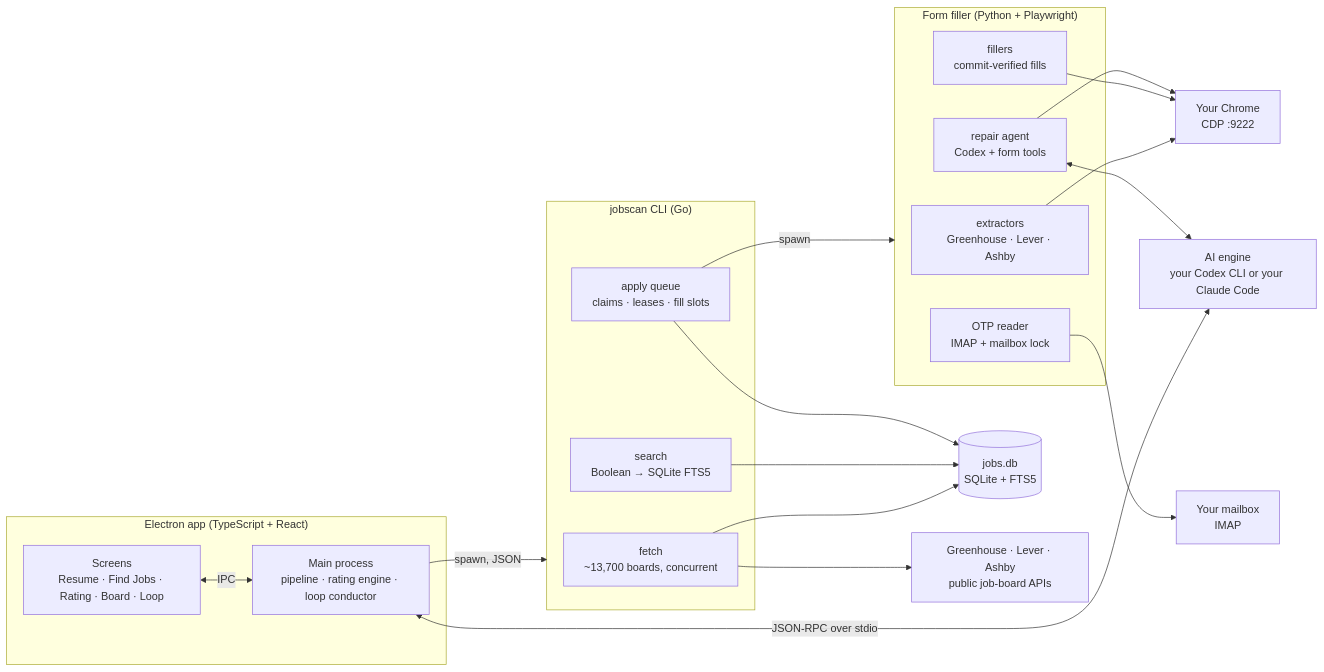
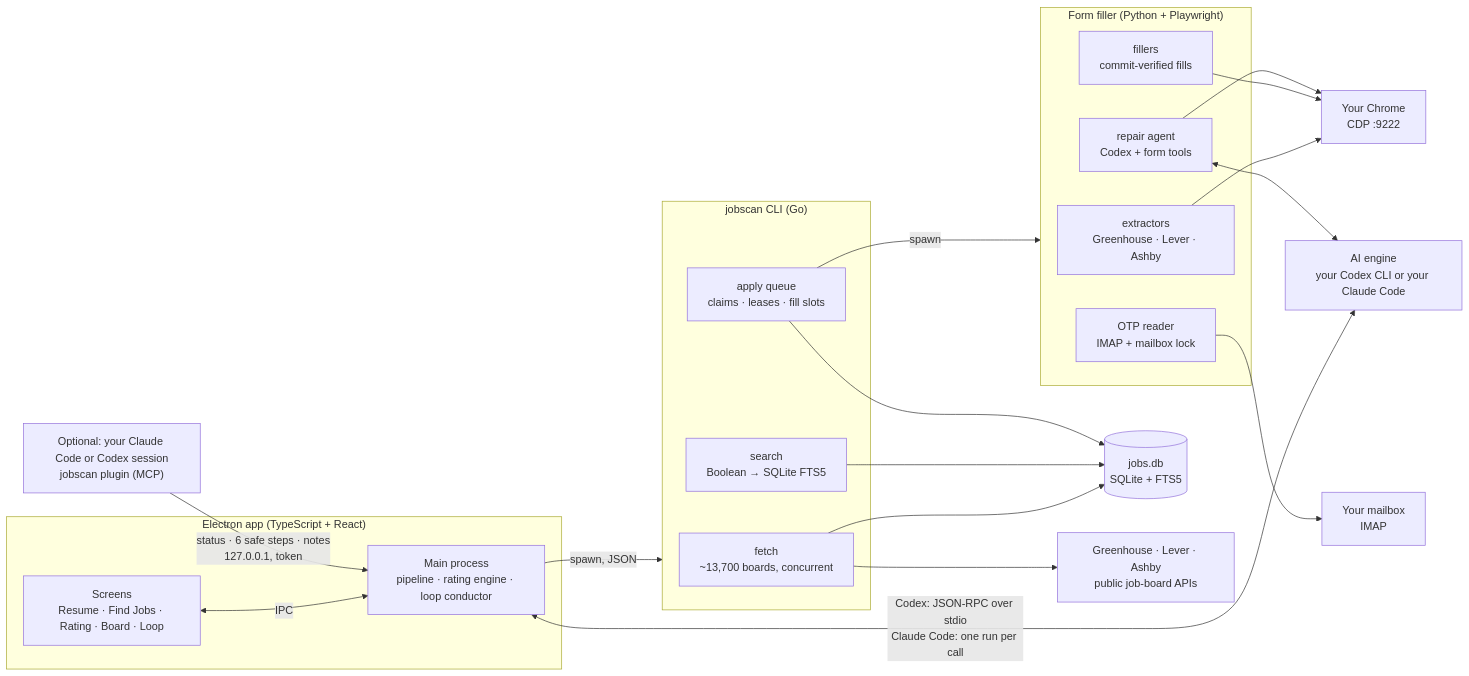
Before and after one commit to tarunmovva/JobScanAI: the first of 5 diagrams in README.md, drawn with Mermaid. The commit also changed other lines of this file and 21 other files, not shown here.

````diff
--- a/README.md
+++ b/README.md
@@ -132,40 +133,42 @@
 ```mermaid
 flowchart LR
     subgraph Desktop["Electron app (TypeScript + React)"]
         UI["Screens<br/>Resume · Find Jobs · Rating · Board · Loop"]
         Main["Main process<br/>pipeline · rating engine · loop conductor"]
         UI <-->|IPC| Main
     end
 
     subgraph Go["jobscan CLI (Go)"]
         Fetch["fetch<br/>~13,700 boards, concurrent"]
         Search["search<br/>Boolean → SQLite FTS5"]
         Queue["apply queue<br/>claims · leases · fill slots"]
     end
 
     subgraph Py["Form filler (Python + Playwright)"]
         Extract["extractors<br/>Greenhouse · Lever · Ashby"]
         Fill["fillers<br/>commit-verified fills"]
         OTP["OTP reader<br/>IMAP + mailbox lock"]
         Repair["repair agent<br/>Codex + form tools"]
     end
 
     DB[("jobs.db<br/>SQLite + FTS5")]
     Codex["AI engine<br/>your Codex CLI or your Claude Code"]
     Chrome["Your Chrome<br/>CDP :9222"]
     Mail["Your mailbox<br/>IMAP"]
     Boards["Greenhouse · Lever · Ashby<br/>public job-board APIs"]
+    Session["Optional: your Claude Code or Codex session<br/>jobscan plugin (MCP)"]
 
     Main -->|"spawn, JSON"| Go
-    Main <-->|"JSON-RPC over stdio"| Codex
+    Main <-->|"Codex: JSON-RPC over stdio<br/>Claude Code: one run per call"| Codex
+    Session -->|"status · 6 safe steps · notes<br/>127.0.0.1, token"| Main
     Fetch --> Boards
     Fetch --> DB
     Search --> DB
     Queue --> DB
     Queue -->|spawn| Py
     Extract --> Chrome
     Fill --> Chrome
     Repair --> Chrome
     Repair <--> Codex
     OTP --> Mail
 ```
````
